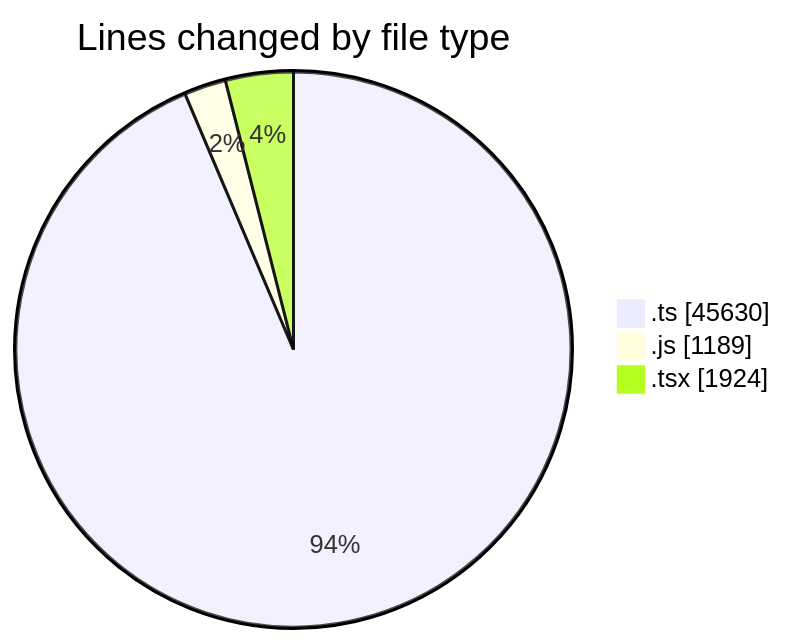
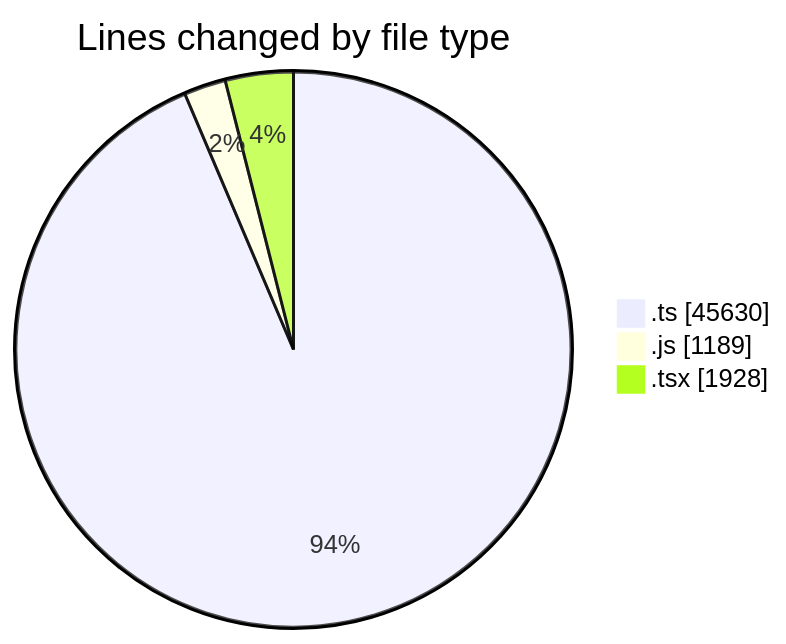
Before and after one commit to momahboobian/code-tracking: the first of 2 diagrams in 2026-11-03/cda/README.md, drawn with Mermaid. The commit also changed other lines of this file and 1 other file, not shown here.

````diff
--- a/2026-11-03/cda/README.md
+++ b/2026-11-03/cda/README.md
@@ -44,7 +44,7 @@
 ```mermaid
 pie showData
 title Lines changed by file type
 ".ts" : 45630
 ".js" : 1189
-".tsx" : 1924
+".tsx" : 1928
 ```
````
